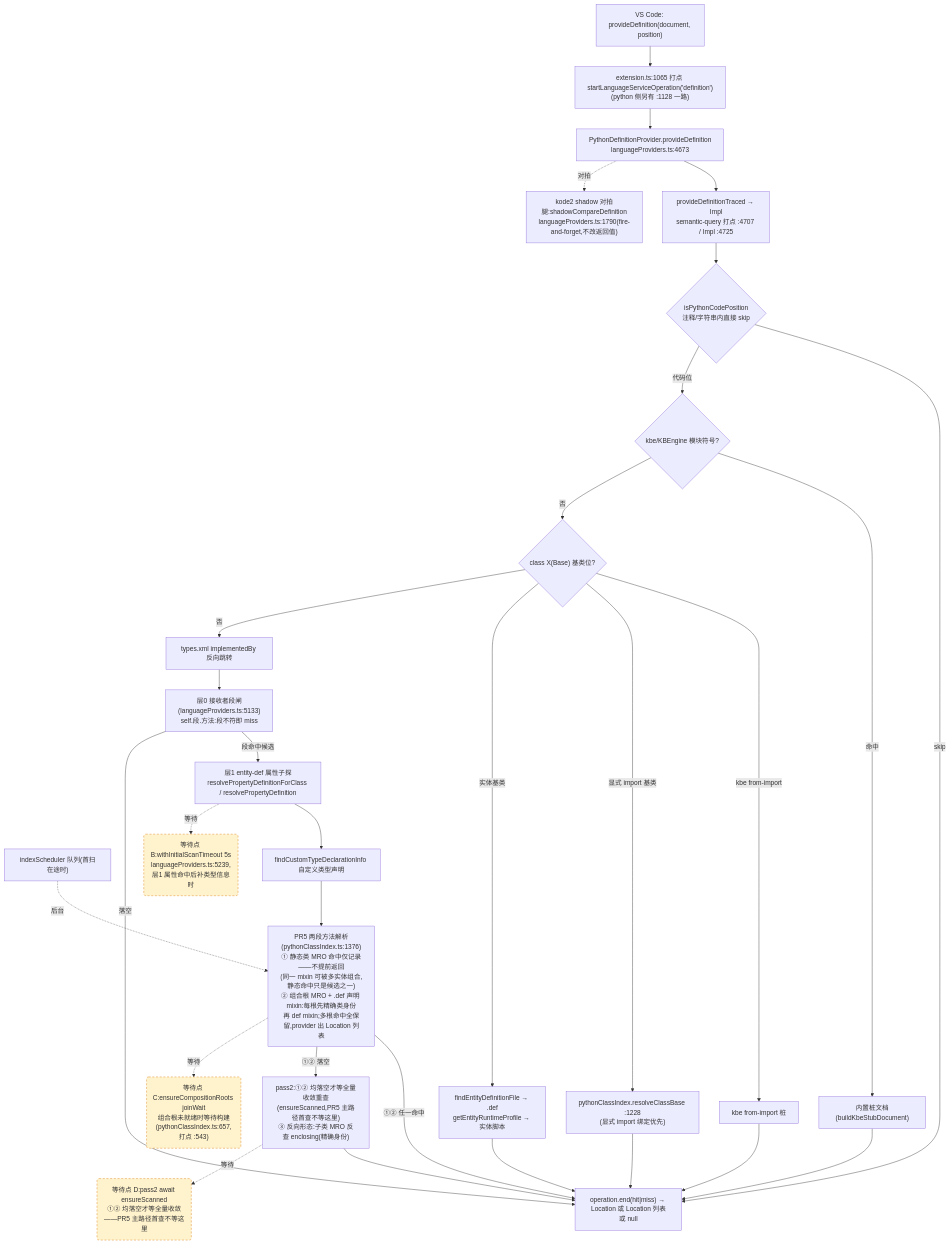
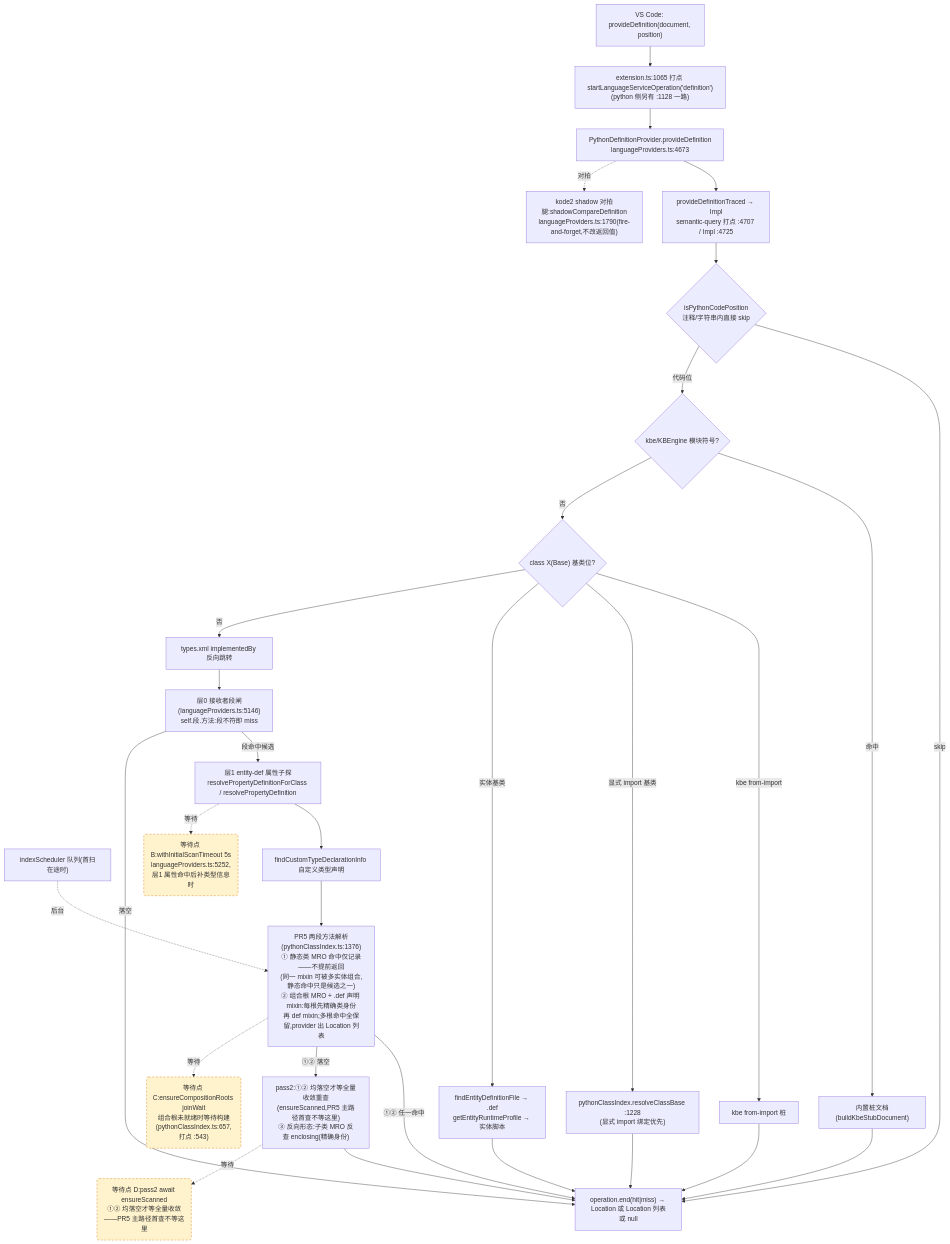
The second of 4 diagrams in docs/perf/2026-baseline.md (cuihairu/kode), drawn with Mermaid before and after one commit. The commit also changed other lines of this file and 1 other file, not shown here.

Commit message:
test/docs: re-probe languageProviders anchors after KR-AUD-A merge (+13 below the KR-AUD-84 edit)

````diff
--- a/docs/perf/2026-baseline.md
+++ b/docs/perf/2026-baseline.md
@@ -130,51 +130,51 @@
 ```mermaid
 flowchart TD
   VC2["VS Code: provideDefinition(document, position)"]
   M2["extension.ts:1065 打点 startLanguageServiceOperation('definition')<br/>(python 侧另有 :1128 一路)"]
   AD2["PythonDefinitionProvider.provideDefinition<br/>languageProviders.ts:4673"]
   TR["provideDefinitionTraced → Impl<br/>semantic-query 打点 :4707 / Impl :4725"]
   CTX{"isPythonCodePosition<br/>注释/字符串内直接 skip"}
   KBE{"kbe/KBEngine 模块符号?"}
   STUB["内置桩文档(buildKbeStubDocument)"]
   CB{"class X(Base) 基类位?"}
   CB1["kbe from-import 桩"]
   CB2["pythonClassIndex.resolveClassBase :1228<br/>(显式 import 绑定优先)"]
   CB3["findEntityDefinitionFile → .def<br/>getEntityRuntimeProfile → 实体脚本"]
   REV["types.xml implementedBy 反向跳转"]
-  L0["层0 接收者段闸(languageProviders.ts:5133)<br/>self.段.方法:段不符即 miss"]
+  L0["层0 接收者段闸(languageProviders.ts:5146)<br/>self.段.方法:段不符即 miss"]
   L1["层1 entity-def 属性子探<br/>resolvePropertyDefinitionForClass / resolvePropertyDefinition"]
   SCAN["indexScheduler 队列(首扫在途时)"]
   TY["findCustomTypeDeclarationInfo 自定义类型声明"]
   MRO["PR5 两段方法解析(pythonClassIndex.ts:1376)<br/>① 静态类 MRO 命中仅记录——不提前返回<br/>(同一 mixin 可被多实体组合,静态命中只是候选之一)<br/>② 组合根 MRO + .def 声明 mixin:每根先精确类身份<br/>再 def mixin;多根命中全保留,provider 出 Location 列表"]
   PASS2["pass2:①② 均落空才等全量收敛重查<br/>(ensureScanned,PR5 主路径首查不等这里)<br/>③ 反向形态:子类 MRO 反查 enclosing(精确身份)"]
   SHD["kode2 shadow 对拍腿:shadowCompareDefinition<br/>languageProviders.ts:1790(fire-and-forget,不改返回值)"]
   END2["operation.end(hit|miss) → Location 或 Location 列表或 null"]
 
   VC2 --> M2 --> AD2 --> TR --> CTX
   CTX -- "skip" --> END2
   CTX -- "代码位" --> KBE
   KBE -- "命中" --> STUB --> END2
   KBE -- "否" --> CB
   CB -- "kbe from-import" --> CB1 --> END2
   CB -- "显式 import 基类" --> CB2 --> END2
   CB -- "实体基类" --> CB3 --> END2
   CB -- "否" --> REV --> L0
   L0 -- "段命中候选" --> L1
   L0 -- "落空" --> END2
   L1 --> TY
   TY --> MRO
   MRO -- "①② 任一命中" --> END2
   MRO -- "①② 落空" --> PASS2 --> END2
   AD2 -.->|对拍| SHD
 
-  WAITB("等待点 B:withInitialScanTimeout 5s<br/>languageProviders.ts:5239,层1 属性命中后补类型信息时")
+  WAITB("等待点 B:withInitialScanTimeout 5s<br/>languageProviders.ts:5252,层1 属性命中后补类型信息时")
   WAITC("等待点 C:ensureCompositionRoots joinWait<br/>组合根未就绪时等待构建(pythonClassIndex.ts:657,打点 :543)")
   WAITD("等待点 D:pass2 await ensureScanned<br/>①② 均落空才等全量收敛——PR5 主路径首查不等这里")
   L1 -.->|等待| WAITB
   MRO -.->|等待| WAITC
   PASS2 -.->|等待| WAITD
   SCAN -.->|后台| MRO
 
   classDef waitPoint fill:#fff3cd,stroke:#d97706,stroke-dasharray:5 4;
   class WAITB,WAITC,WAITD waitPoint;
 ```
````
